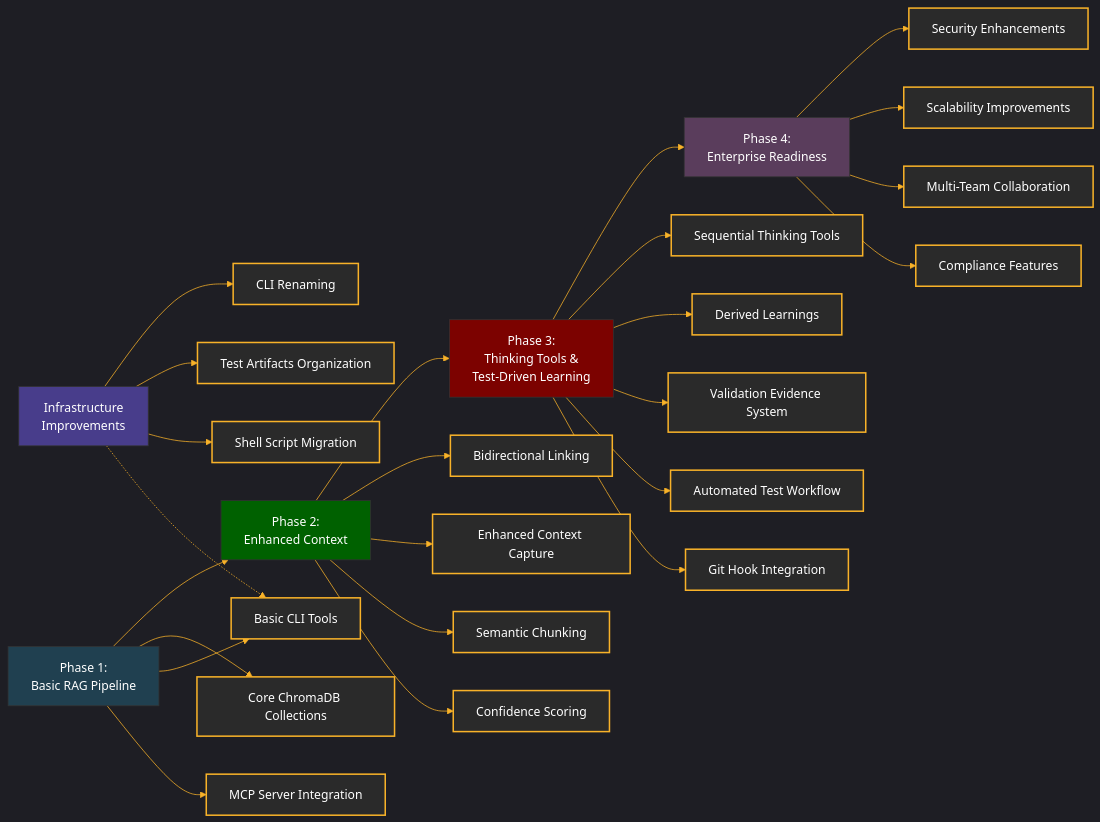
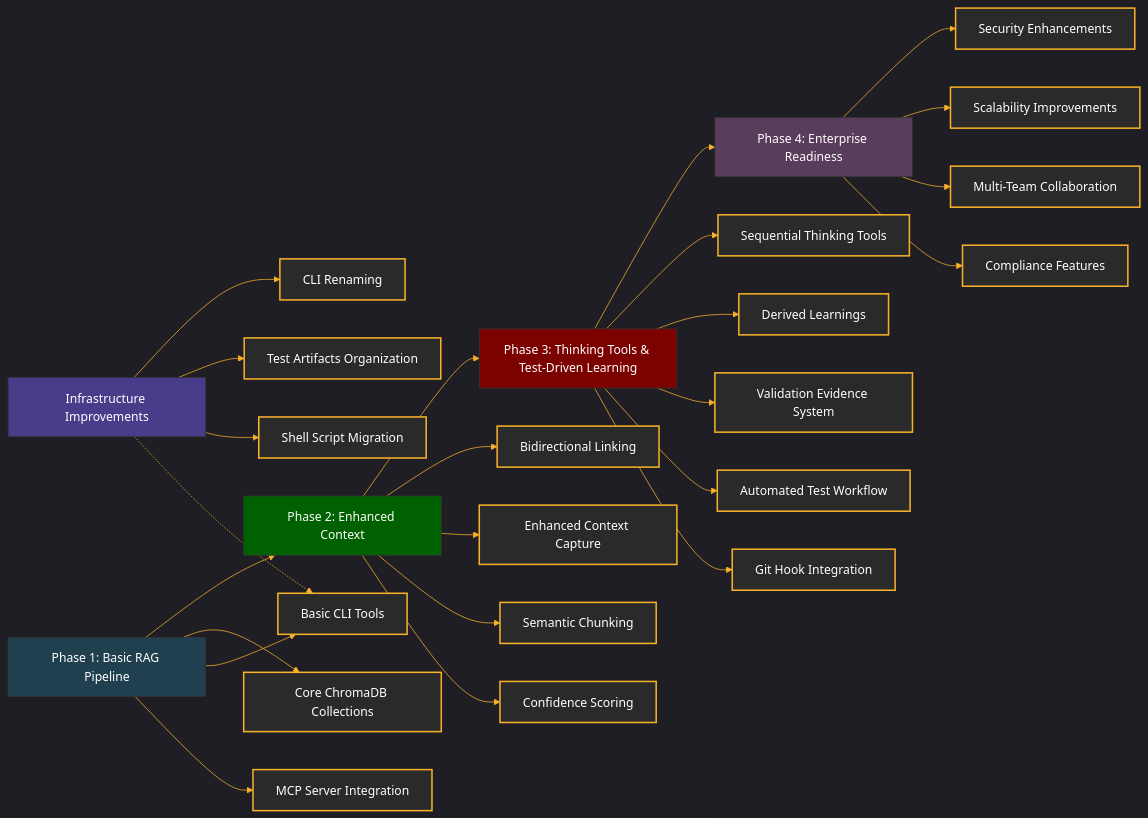
Before and after one commit to somebloke1/chroma_mcp_server: the diagram in docs/refactoring/README.md, drawn with Mermaid. The commit also changed 19 other files, not shown here.

````diff
--- a/docs/refactoring/README.md
+++ b/docs/refactoring/README.md
@@ -28,54 +28,54 @@
 ```mermaid
 %%{init: {
   'theme': 'dark',
   'themeVariables': {
     'primaryColor': '#2a2a2a',
     'primaryTextColor': '#fff',
     'primaryBorderColor': '#7C0200',
     'lineColor': '#F8B229',
     'secondaryColor': '#006100',
     'tertiaryColor': '#204050'
   }
 }}%%
 flowchart LR
     classDef phase1 fill:#204050,stroke:#333,stroke-width:1px,color:white
     classDef phase2 fill:#006100,stroke:#333,stroke-width:1px,color:white
     classDef phase3 fill:#7C0200,stroke:#333,stroke-width:1px,color:white
     classDef phase4 fill:#5a3d5c,stroke:#333,stroke-width:1px,color:white
     classDef component fill:#2a2a2a,stroke:#F8B229,stroke-width:2px,color:white
     classDef infra fill:#483D8B,stroke:#333,stroke-width:1px,color:white
     
     %% Timeline flow
-    P1[Phase 1:\nBasic RAG Pipeline]:::phase1 --> P2[Phase 2:\nEnhanced Context]:::phase2 --> P3[Phase 3:\nThinking Tools &\nTest-Driven Learning]:::phase3 --> P4[Phase 4:\nEnterprise Readiness]:::phase4
+    P1[Phase 1: Basic RAG Pipeline]:::phase1 --> P2[Phase 2: Enhanced Context]:::phase2 --> P3[Phase 3: Thinking Tools & Test-Driven Learning]:::phase3 --> P4[Phase 4: Enterprise Readiness]:::phase4
     
     %% Infrastructure improvements
-    INFRA[Infrastructure\nImprovements]:::infra
+    INFRA[Infrastructure Improvements]:::infra
     INFRA --> CR[CLI Renaming]:::component
     INFRA --> TA[Test Artifacts Organization]:::component
     INFRA --> SSM[Shell Script Migration]:::component
     
     %% Phase 1 components
     P1 --> CR1[Core ChromaDB Collections]:::component
     P1 --> CLI1[Basic CLI Tools]:::component
     P1 --> MCP1[MCP Server Integration]:::component
     INFRA -.-> CLI1
 
     %% Phase 2 components
     P2 --> BL[Bidirectional Linking]:::component
     P2 --> EC[Enhanced Context Capture]:::component
     P2 --> SC[Semantic Chunking]:::component
     P2 --> CS[Confidence Scoring]:::component
     
     %% Phase 3 components
     P3 --> TT[Sequential Thinking Tools]:::component
     P3 --> DL[Derived Learnings]:::component
     P3 --> VE[Validation Evidence System]:::component
     P3 --> TW[Automated Test Workflow]:::component
     P3 --> GH[Git Hook Integration]:::component
     
     %% Phase 4 components (planned)
     P4 --> SE[Security Enhancements]:::component
     P4 --> SC2[Scalability Improvements]:::component
     P4 --> MT[Multi-Team Collaboration]:::component
     P4 --> CO[Compliance Features]:::component
 ```
````
